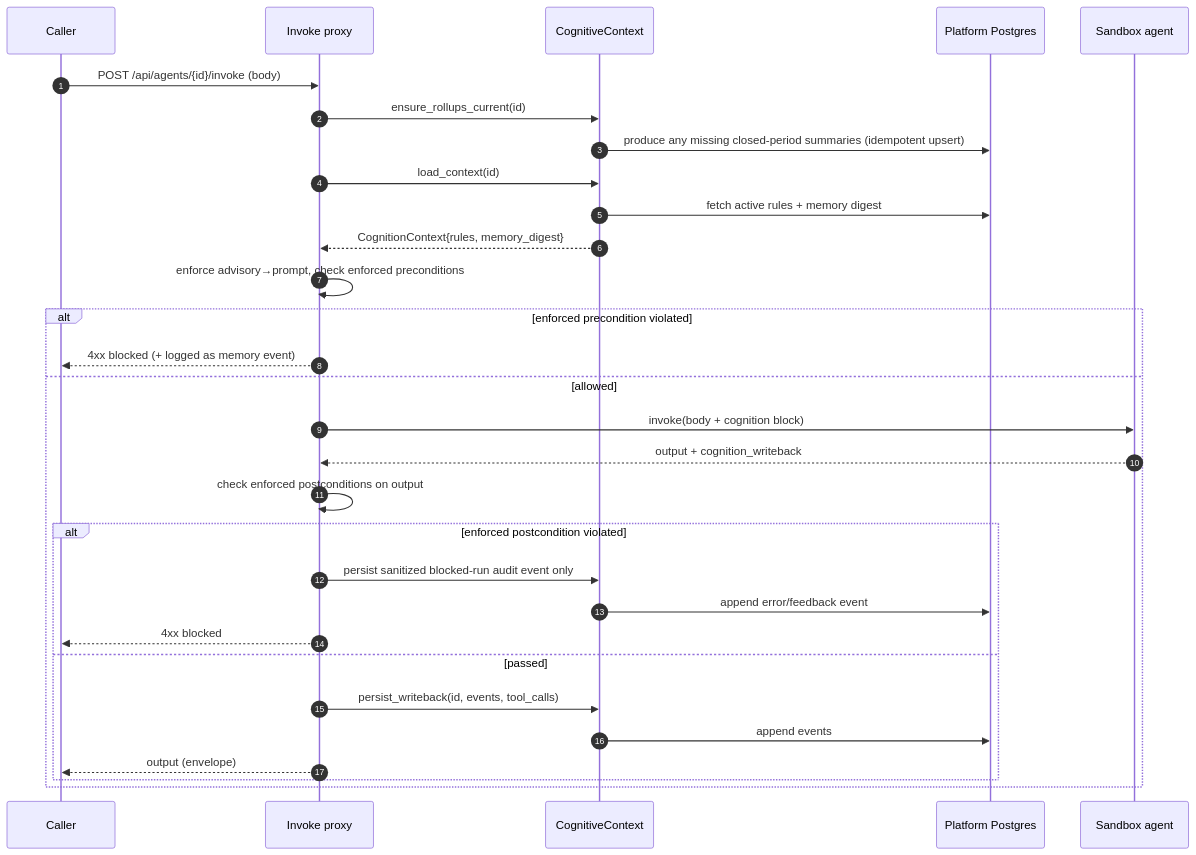
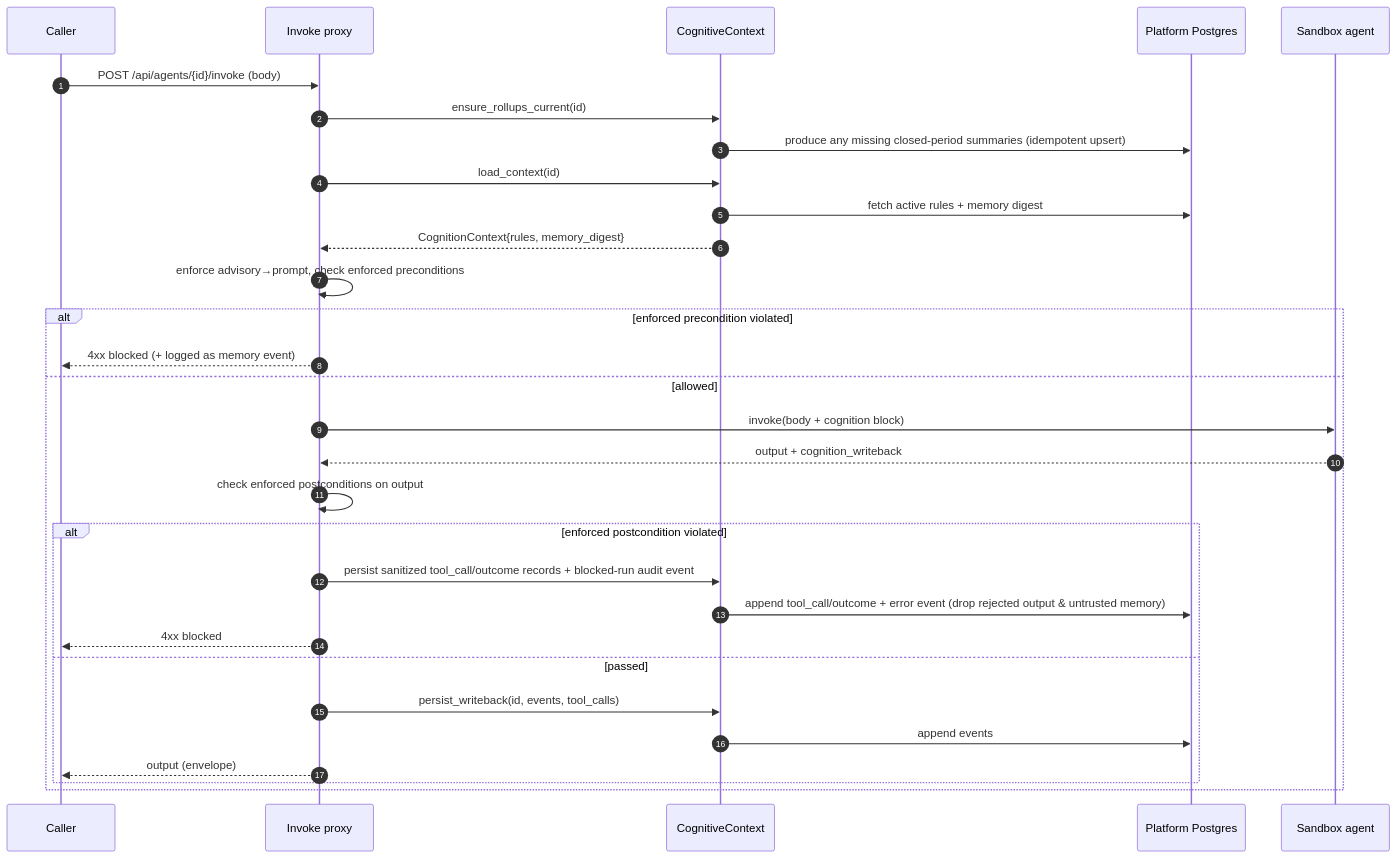
The third of 6 diagrams in backend/agents/agent_cognition/DESIGN.md (brandonkindred/Khala-Agentic-AI-Teams), drawn with Mermaid before and after one commit. The commit also changed other lines of this file and 1 other file, not shown here.

First line of the commit message:
Address review round 3: stable run id, calendar rollups, schema constraint, blocked-run tool audit, read authz, stale-evidence re-eval, rejected status

````diff
--- a/backend/agents/agent_cognition/DESIGN.md
+++ b/backend/agents/agent_cognition/DESIGN.md
@@ -191,33 +191,33 @@
 ```mermaid
 sequenceDiagram
   autonumber
   participant C as Caller
   participant PX as Invoke proxy
   participant CTX as CognitiveContext
   participant PG as Platform Postgres
   participant SB as Sandbox agent
 
   C->>PX: POST /api/agents/{id}/invoke (body)
   PX->>CTX: ensure_rollups_current(id)
   CTX->>PG: produce any missing closed-period summaries (idempotent upsert)
   PX->>CTX: load_context(id)
   CTX->>PG: fetch active rules + memory digest
   CTX-->>PX: CognitionContext{rules, memory_digest}
   PX->>PX: enforce advisory→prompt, check enforced preconditions
   alt enforced precondition violated
     PX-->>C: 4xx blocked (+ logged as memory event)
   else allowed
     PX->>SB: invoke(body + cognition block)
     SB-->>PX: output + cognition_writeback
     PX->>PX: check enforced postconditions on output
     alt enforced postcondition violated
-      PX->>CTX: persist sanitized blocked-run audit event only
-      CTX->>PG: append error/feedback event
+      PX->>CTX: persist sanitized tool_call/outcome records + blocked-run audit event
+      CTX->>PG: append tool_call/outcome + error event (drop rejected output & untrusted memory)
       PX-->>C: 4xx blocked
     else passed
       PX->>CTX: persist_writeback(id, events, tool_calls)
       CTX->>PG: append events
       PX-->>C: output (envelope)
     end
   end
 ```
````
